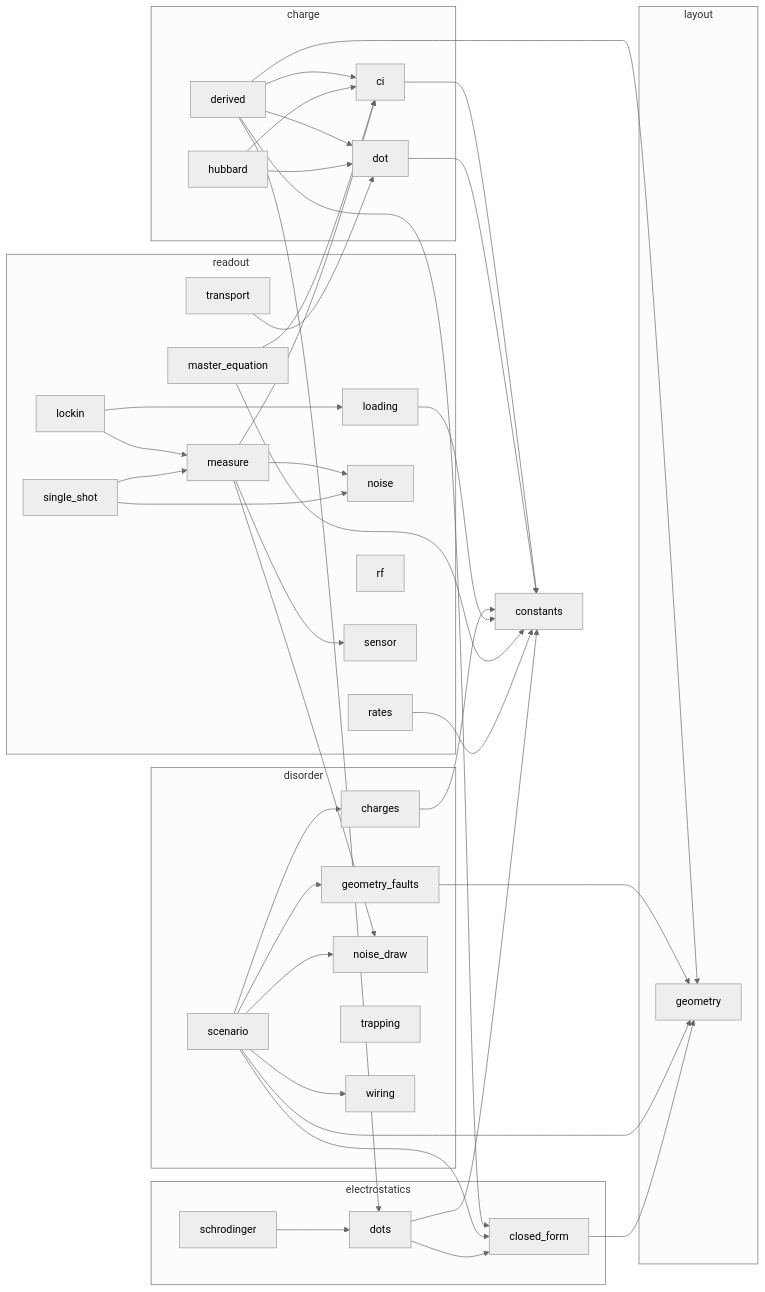
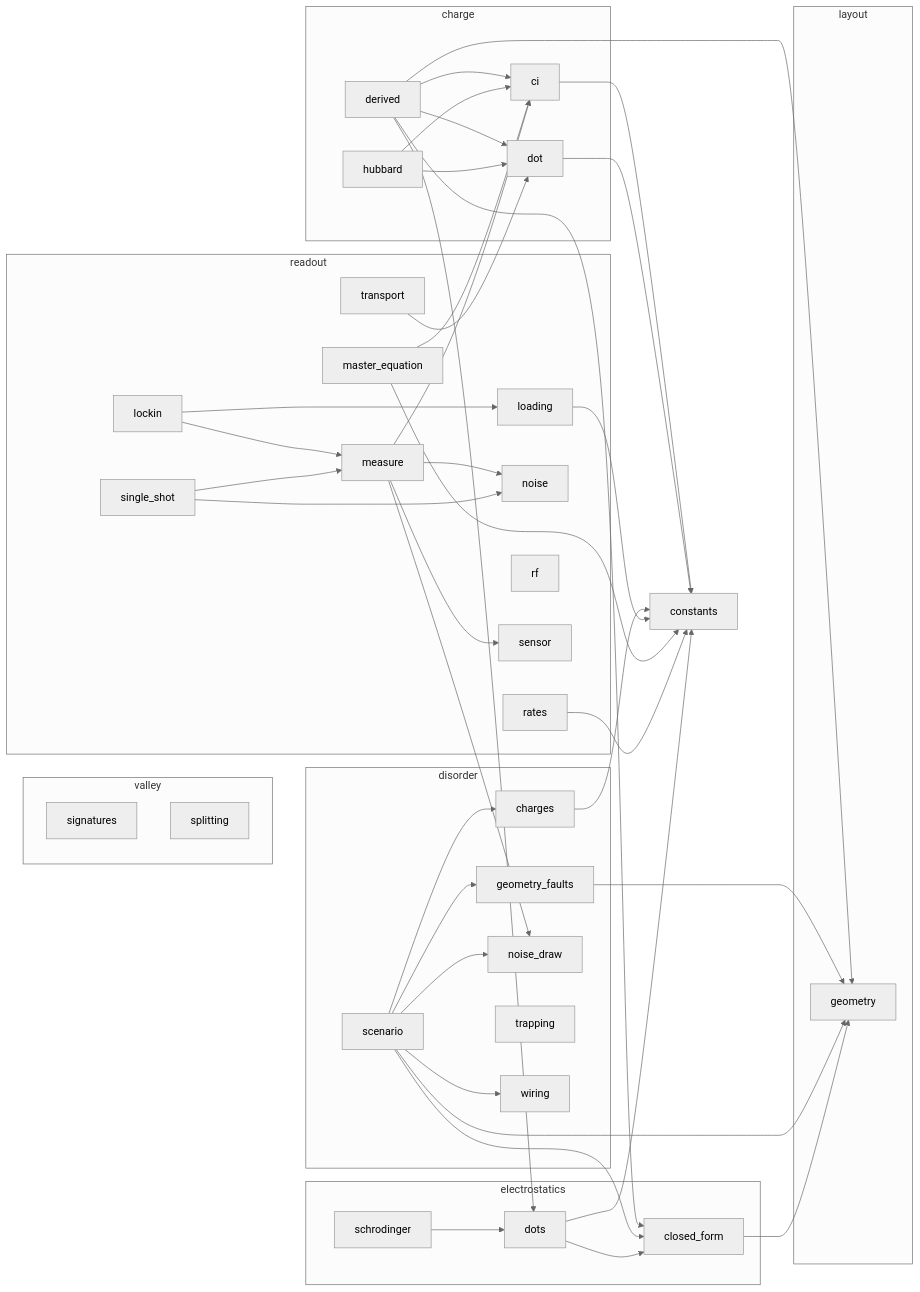
The second of 2 diagrams in docs/MODELS.md (CowboyQuantum/phantom), drawn with Mermaid (neutral theme) before and after one commit. The commit also changed other lines of this file and 17 other files, not shown here.

First line of the commit message:
feat(valley): valley splitting as a Rice draw per dot; magnetospectroscopy, hot-spot and pulsed-gate signatures (Step 5, first PR)

````diff
--- a/docs/MODELS.md
+++ b/docs/MODELS.md
@@ -155,71 +163,75 @@
 ```mermaid
 flowchart LR
   subgraph layout
     layout_geometry["geometry"]
   end
   subgraph electrostatics
     electrostatics_closed_form["closed_form"]
     electrostatics_dots["dots"]
     electrostatics_schrodinger["schrodinger"]
   end
   subgraph disorder
     disorder_charges["charges"]
     disorder_geometry_faults["geometry_faults"]
     disorder_noise_draw["noise_draw"]
     disorder_scenario["scenario"]
     disorder_trapping["trapping"]
     disorder_wiring["wiring"]
+  end
+  subgraph valley
+    valley_signatures["signatures"]
+    valley_splitting["splitting"]
   end
   subgraph charge
     charge_ci["ci"]
     charge_derived["derived"]
     charge_dot["dot"]
     charge_hubbard["hubbard"]
   end
   subgraph readout
     readout_loading["loading"]
     readout_lockin["lockin"]
     readout_master_equation["master_equation"]
     readout_measure["measure"]
     readout_noise["noise"]
     readout_rates["rates"]
     readout_rf["rf"]
     readout_sensor["sensor"]
     readout_single_shot["single_shot"]
     readout_transport["transport"]
   end
   charge_ci --> constants
   charge_derived --> charge_ci
   charge_derived --> charge_dot
   charge_derived --> electrostatics_closed_form
   charge_derived --> electrostatics_dots
   charge_derived --> layout_geometry
   charge_dot --> constants
   charge_hubbard --> charge_ci
   charge_hubbard --> charge_dot
   disorder_charges --> constants
   disorder_geometry_faults --> layout_geometry
   disorder_scenario --> disorder_charges
   disorder_scenario --> disorder_geometry_faults
   disorder_scenario --> disorder_noise_draw
   disorder_scenario --> disorder_wiring
   disorder_scenario --> electrostatics_closed_form
   disorder_scenario --> layout_geometry
   electrostatics_closed_form --> layout_geometry
   electrostatics_dots --> constants
   electrostatics_dots --> electrostatics_closed_form
   electrostatics_schrodinger --> electrostatics_dots
   readout_loading --> constants
   readout_lockin --> readout_loading
   readout_lockin --> readout_measure
   readout_master_equation --> charge_ci
   readout_master_equation --> constants
   readout_measure --> charge_ci
   readout_measure --> disorder_noise_draw
   readout_measure --> readout_noise
   readout_measure --> readout_sensor
   readout_rates --> constants
   readout_single_shot --> readout_measure
   readout_single_shot --> readout_noise
   readout_transport --> charge_dot
 ```
````
